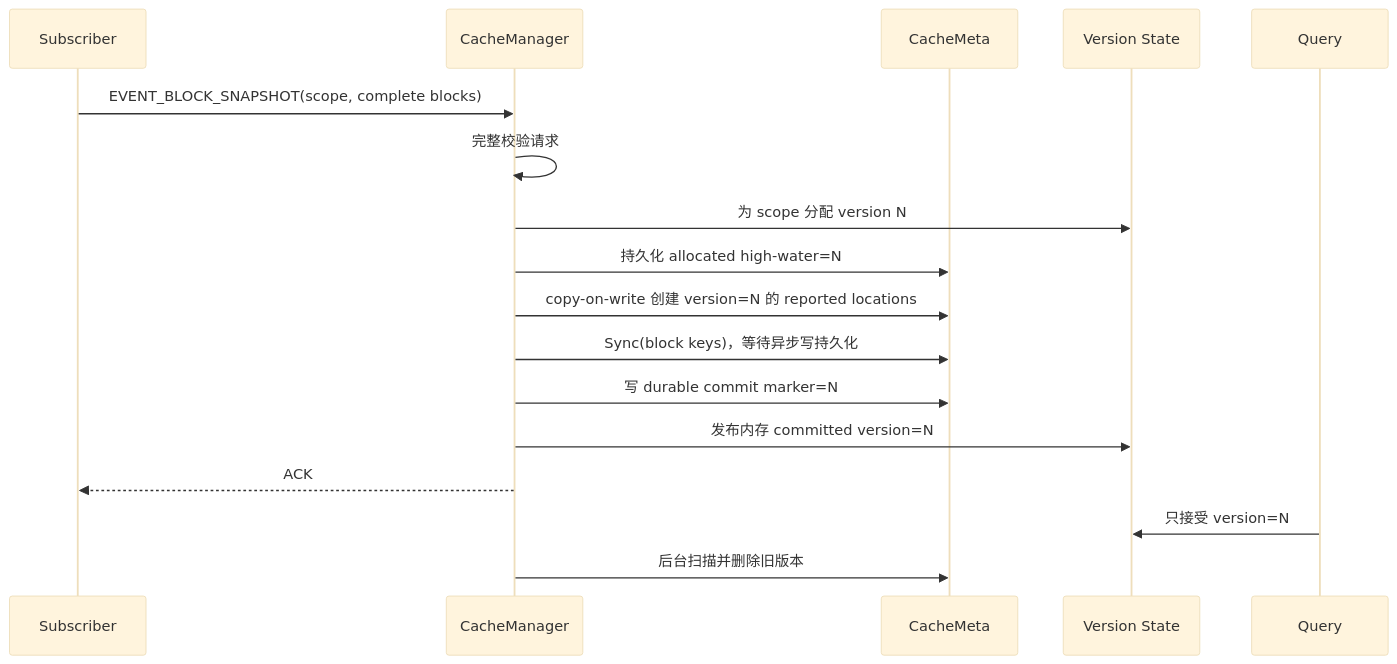
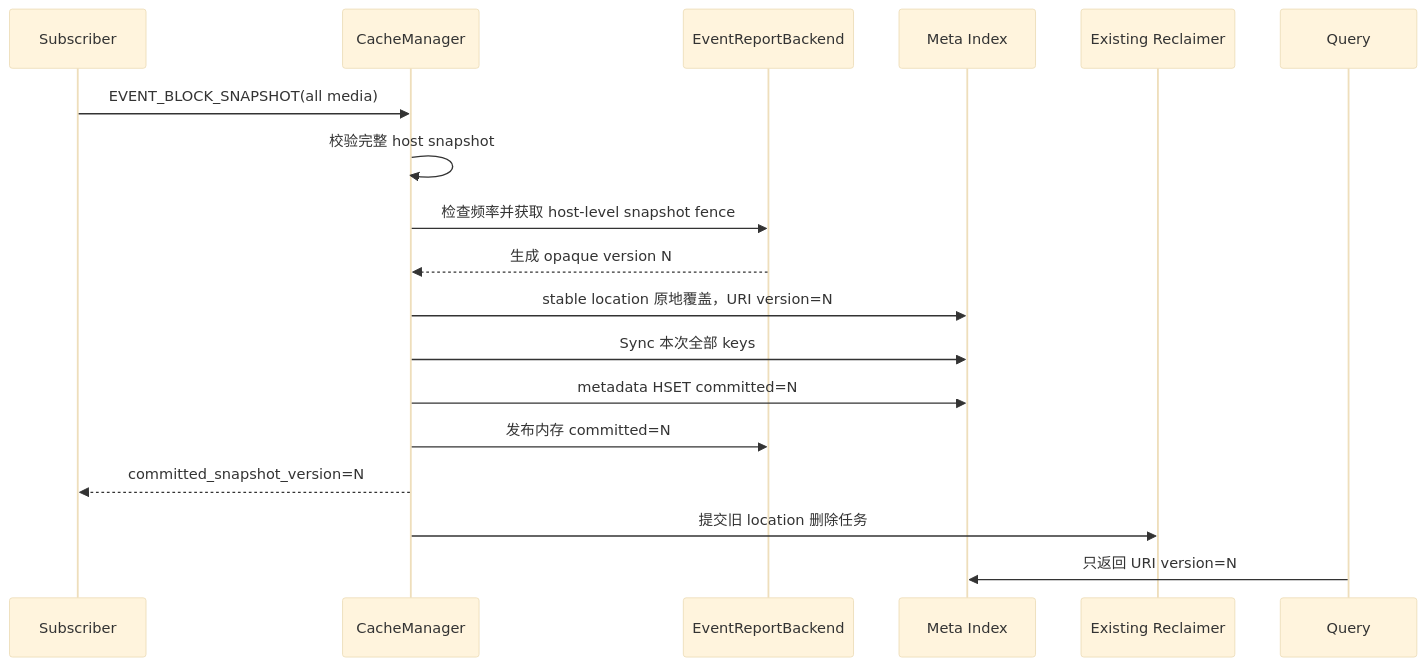
The second of 2 diagrams in docs/design/report_event_snapshot_uri_version.md (putaopi7/tair-kvcache), drawn with Mermaid (base theme) before and after one commit. The commit also changed other lines of this file, not shown here.

Commit message:
docs: simplify ReportEvent snapshot reconciliation

````diff
--- a/docs/design/report_event_snapshot_uri_version.md
+++ b/docs/design/report_event_snapshot_uri_version.md
@@ -178,20 +299,21 @@
 ```mermaid
 sequenceDiagram
     participant S as Subscriber
     participant C as CacheManager
-    participant M as CacheMeta
-    participant V as Version State
+    participant E as EventReportBackend
+    participant M as Meta Index
+    participant R as Existing Reclaimer
     participant Q as Query
 
-    S->>C: EVENT_BLOCK_SNAPSHOT(scope, complete blocks)
-    C->>C: 完整校验请求
-    C->>V: 为 scope 分配 version N
-    C->>M: 持久化 allocated high-water=N
-    C->>M: copy-on-write 创建 version=N 的 reported locations
-    C->>M: Sync(block keys)，等待异步写持久化
-    C->>M: 写 durable commit marker=N
-    C->>V: 发布内存 committed version=N
-    C-->>S: ACK
-    Q->>V: 只接受 version=N
-    C->>M: 后台扫描并删除旧版本
+    S->>C: EVENT_BLOCK_SNAPSHOT(all media)
+    C->>C: 校验完整 host snapshot
+    C->>E: 检查频率并获取 host-level snapshot fence
+    E-->>C: 生成 opaque version N
+    C->>M: stable location 原地覆盖，URI version=N
+    C->>M: Sync 本次全部 keys
+    C->>M: metadata HSET committed=N
+    C->>E: 发布内存 committed=N
+    C-->>S: committed_snapshot_version=N
+    C->>R: 提交旧 location 删除任务
+    Q->>M: 只返回 URI version=N
 ```
````
